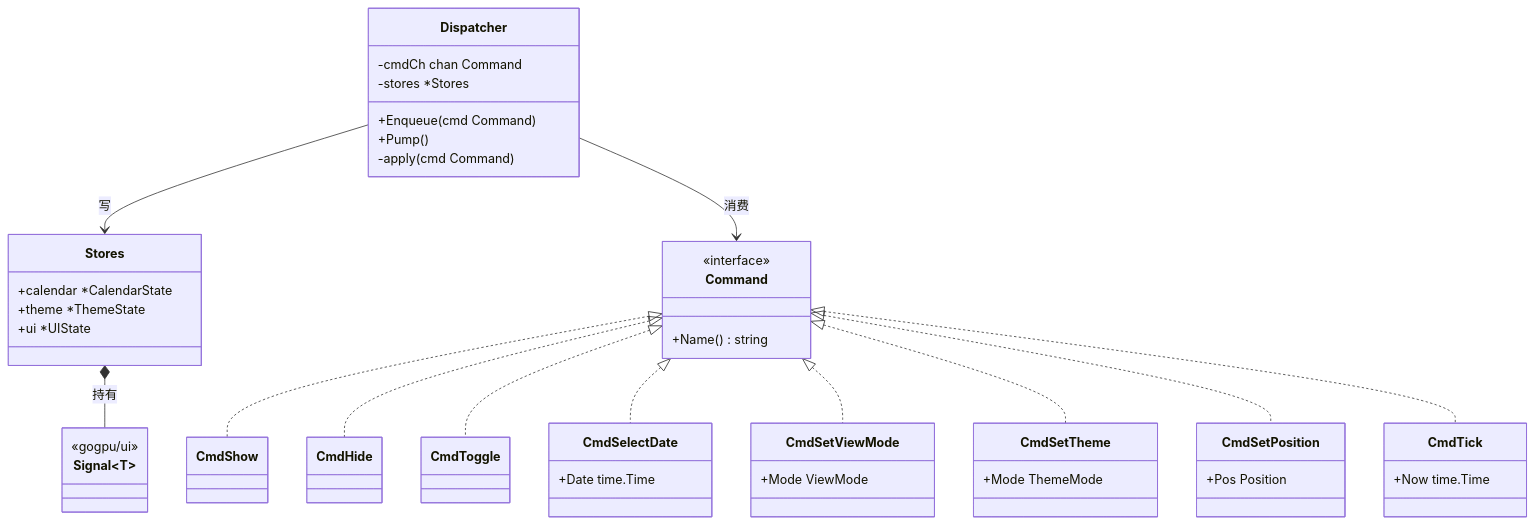
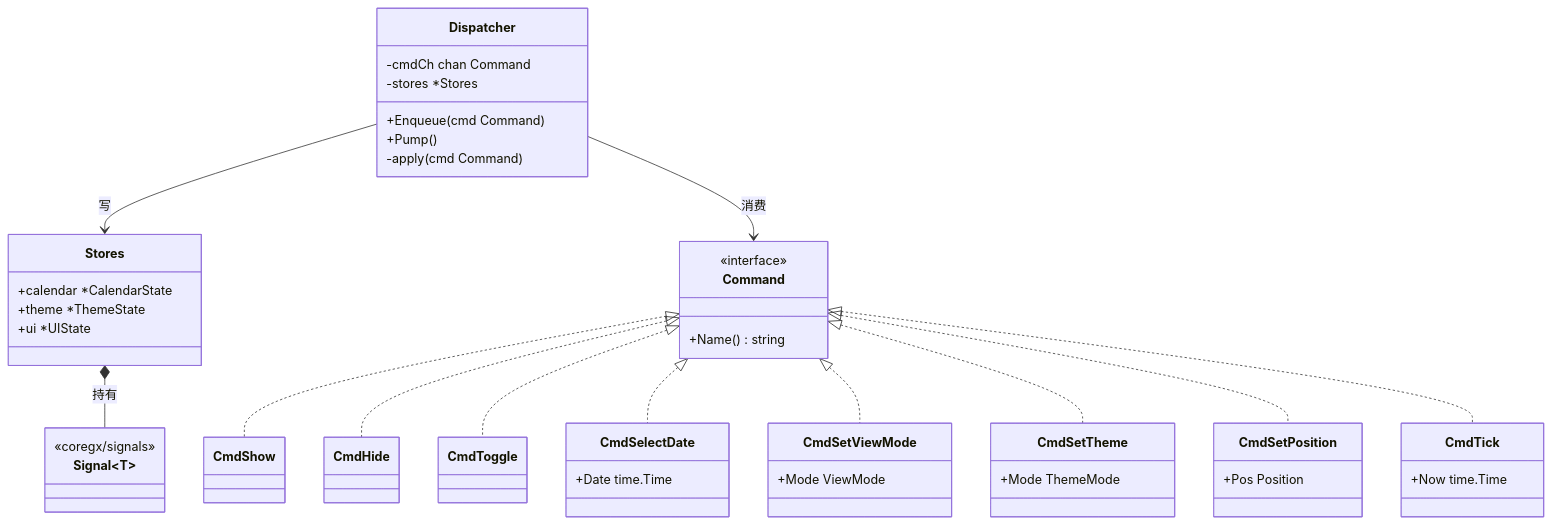
Before and after one commit to shaolei/DeskCalendar: the first of 4 diagrams in docs/30-State/DataFlow.md, drawn with Mermaid. The commit also changed other lines of this file and 25 other files, not shown here.

````diff
--- a/docs/30-State/DataFlow.md
+++ b/docs/30-State/DataFlow.md
@@ -19,52 +19,52 @@
 ```mermaid
 classDiagram
     class Command {
         <<interface>>
         +Name() string
     }
     class CmdShow
     class CmdHide
     class CmdToggle
     class CmdSelectDate {
         +Date time.Time
     }
     class CmdSetViewMode {
         +Mode ViewMode
     }
     class CmdSetTheme {
         +Mode ThemeMode
     }
     class CmdSetPosition {
         +Pos Position
     }
     class CmdTick {
         +Now time.Time
     }
     class Dispatcher {
         -cmdCh chan Command
         -stores *Stores
         +Enqueue(cmd Command)
         +Pump()
         -apply(cmd Command)
     }
     class Stores {
         +calendar *CalendarState
         +theme *ThemeState
         +ui *UIState
     }
     class Signal~T~ {
-        <<gogpu/ui>>
+        <<coregx/signals>>
     }
 
     Command <|.. CmdShow
     Command <|.. CmdHide
     Command <|.. CmdToggle
     Command <|.. CmdSelectDate
     Command <|.. CmdSetViewMode
     Command <|.. CmdSetTheme
     Command <|.. CmdSetPosition
     Command <|.. CmdTick
     Dispatcher --> Stores : 写
     Dispatcher --> Command : 消费
     Stores *-- Signal~T~ : 持有
 ```
````
